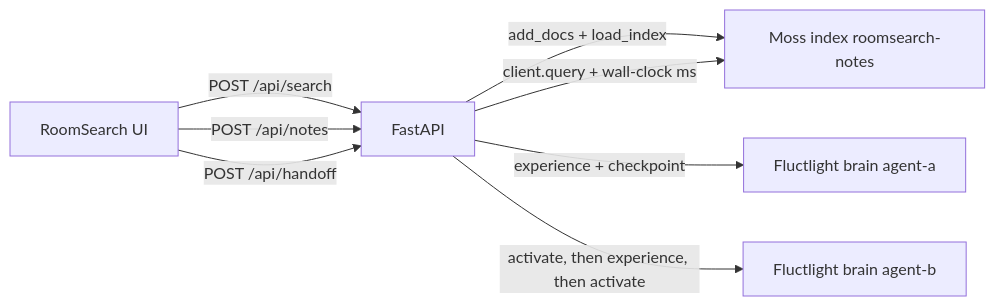
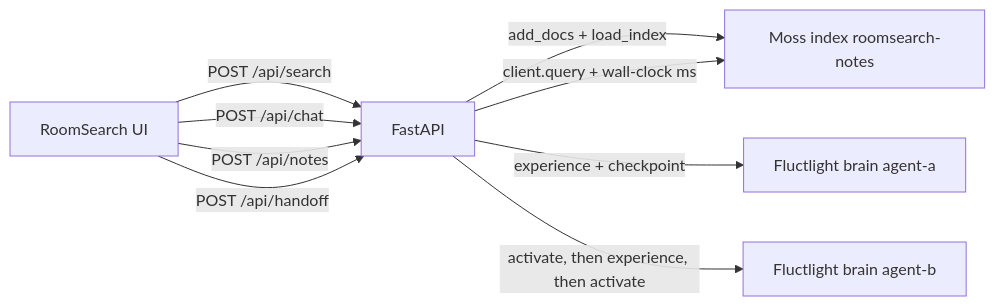
The diagram in README.md (voxmastery/RoomSearch), drawn with Mermaid before and after one commit. The commit also changed other lines of this file and 4 other files, not shown here.

````diff
--- a/README.md
+++ b/README.md
@@ -82,10 +82,11 @@
 ```mermaid
 flowchart LR
   UI["RoomSearch UI"] -->|"POST /api/search"| API["FastAPI"]
+  UI -->|"POST /api/chat"| API
   UI -->|"POST /api/notes"| API
   UI -->|"POST /api/handoff"| API
   API -->|"add_docs + load_index"| Moss["Moss index roomsearch-notes"]
   API -->|"client.query + wall-clock ms"| Moss
   API -->|"experience + checkpoint"| A["Fluctlight brain agent-a"]
   API -->|"activate, then experience, then activate"| B["Fluctlight brain agent-b"]
 ```
````
